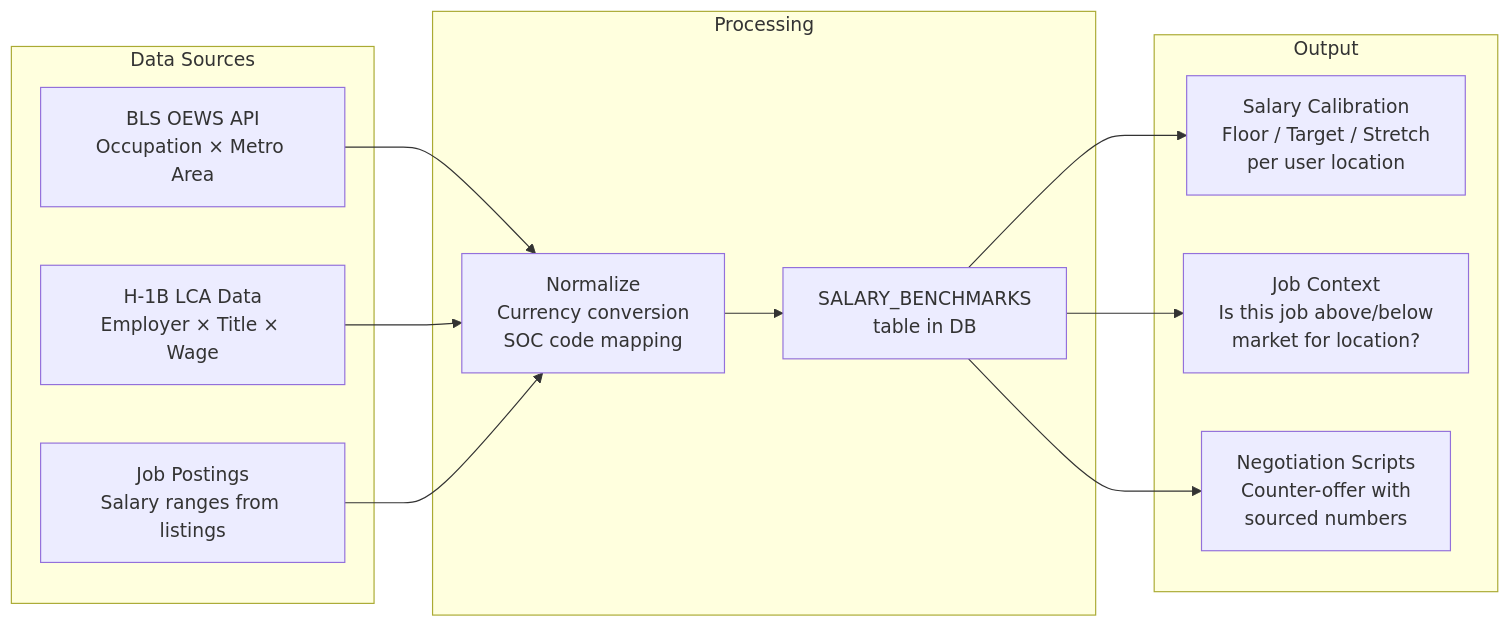
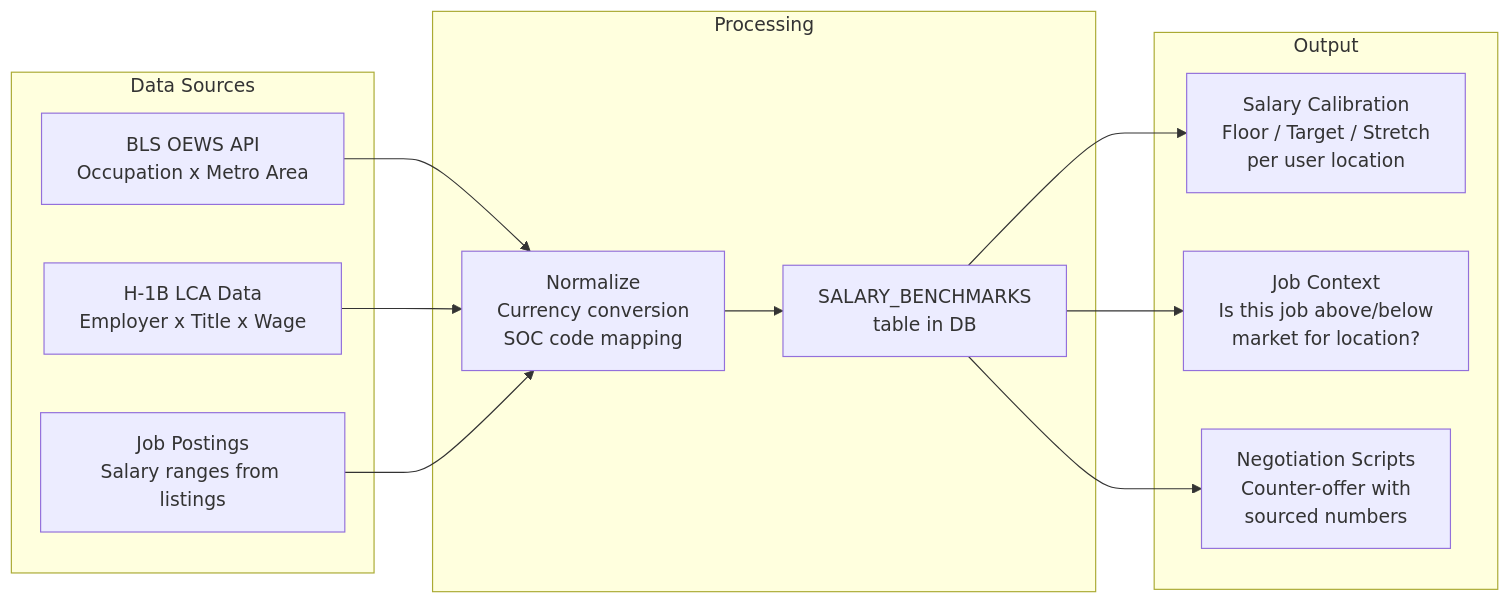
The fifth of 5 diagrams in docs/PRD.md (MsSaidat25/AI-Job-Agent), drawn with Mermaid before and after one commit. The commit also changed other lines of this file and 26 other files, not shown here.

First line of the commit message:
Harden backend, redesign product vision, add Career Dreamer-inspired roadmap (#11)

````diff
--- a/docs/PRD.md
+++ b/docs/PRD.md
@@ -942,27 +1040,27 @@
 ```mermaid
 flowchart LR
     subgraph "Data Sources"
-        BLS[BLS OEWS API<br/>Occupation × Metro Area]
-        H1B[H-1B LCA Data<br/>Employer × Title × Wage]
+        BLS[BLS OEWS API<br/>Occupation x Metro Area]
+        H1B[H-1B LCA Data<br/>Employer x Title x Wage]
         JP[Job Postings<br/>Salary ranges from listings]
     end
 
     subgraph "Processing"
         NORM[Normalize<br/>Currency conversion<br/>SOC code mapping]
         CACHE[SALARY_BENCHMARKS<br/>table in DB]
     end
 
     subgraph "Output"
         CAL[Salary Calibration<br/>Floor / Target / Stretch<br/>per user location]
         JC[Job Context<br/>Is this job above/below<br/>market for location?]
         NEG[Negotiation Scripts<br/>Counter-offer with<br/>sourced numbers]
     end
 
     BLS --> NORM
     H1B --> NORM
     JP --> NORM
     NORM --> CACHE
     CACHE --> CAL
     CACHE --> JC
     CACHE --> NEG
 ```
````
